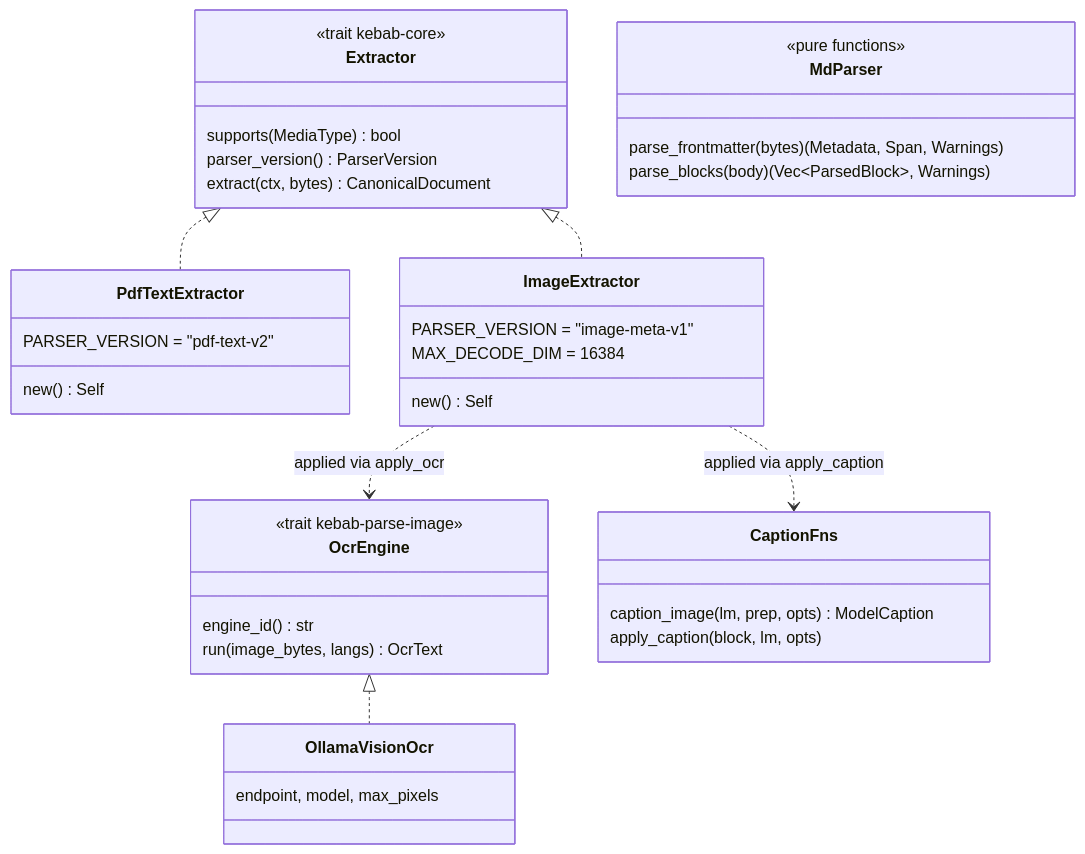
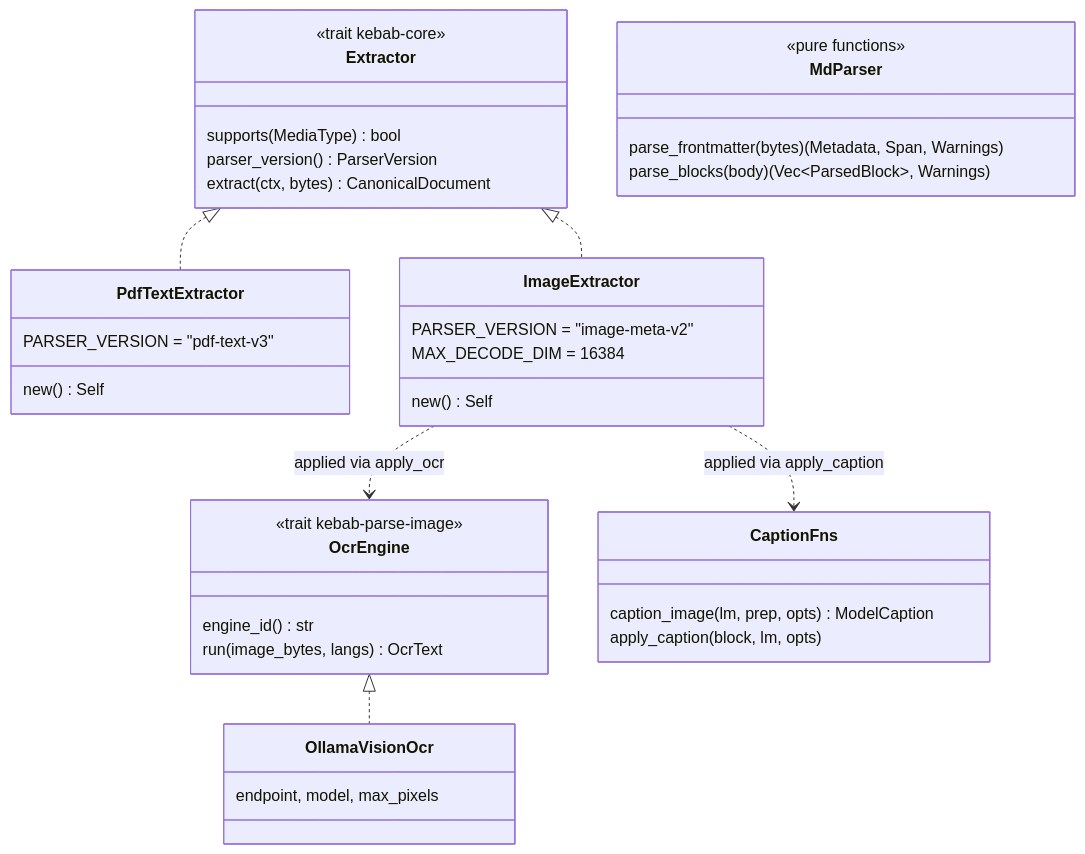
Before and after one commit to altair823/kebab: the first of 2 diagrams in docs/components/parse/README.md, drawn with Mermaid. The commit also changed other lines of this file and 10 other files, not shown here.

````diff
--- a/docs/components/parse/README.md
+++ b/docs/components/parse/README.md
@@ -15,40 +15,40 @@
 ```mermaid
 classDiagram
     class Extractor {
         <<trait kebab-core>>
         supports(MediaType) bool
         parser_version() ParserVersion
         extract(ctx, bytes) CanonicalDocument
     }
     class MdParser {
         <<pure functions>>
         parse_frontmatter(bytes) (Metadata, Span, Warnings)
         parse_blocks(body) (Vec~ParsedBlock~, Warnings)
     }
     class PdfTextExtractor {
-        PARSER_VERSION = "pdf-text-v2"
+        PARSER_VERSION = "pdf-text-v3"
         new() Self
     }
     class ImageExtractor {
-        PARSER_VERSION = "image-meta-v1"
+        PARSER_VERSION = "image-meta-v2"
         MAX_DECODE_DIM = 16384
         new() Self
     }
     class OcrEngine {
         <<trait kebab-parse-image>>
         engine_id() str
         run(image_bytes, langs) OcrText
     }
     class OllamaVisionOcr {
         endpoint, model, max_pixels
     }
     class CaptionFns {
         caption_image(lm, prep, opts) ModelCaption
         apply_caption(block, lm, opts)
     }
     Extractor <|.. PdfTextExtractor
     Extractor <|.. ImageExtractor
     OcrEngine <|.. OllamaVisionOcr
     ImageExtractor ..> OcrEngine : applied via apply_ocr
     ImageExtractor ..> CaptionFns : applied via apply_caption
 ```
````
